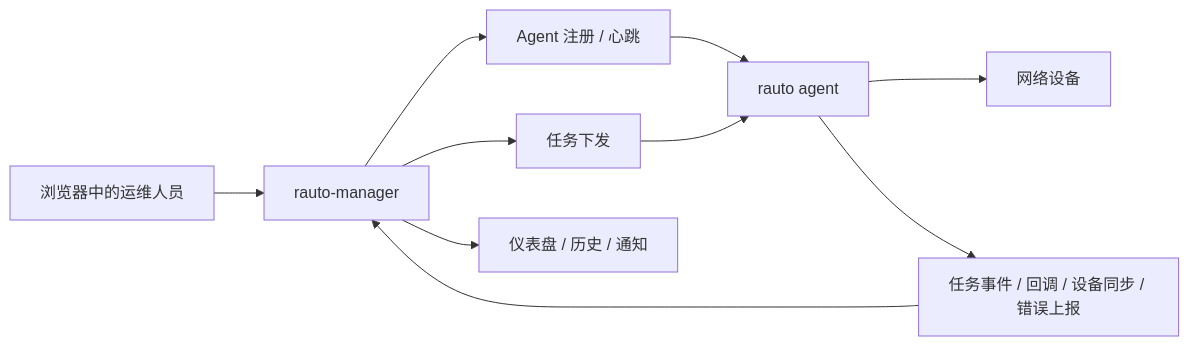
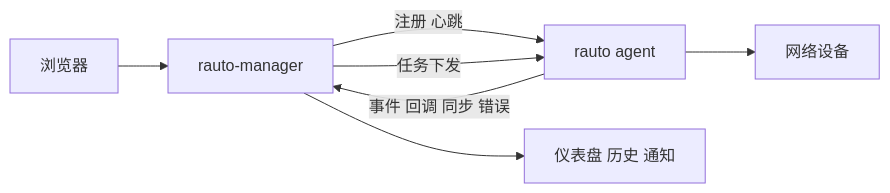
Before and after one commit to demohiiiii/rauto-manager: the diagram in README_zh.md, drawn with Mermaid. The commit also changed 1 other file, not shown here.

Commit message:
fix: Readme graph

````diff
--- a/README_zh.md
+++ b/README_zh.md
@@ -69,12 +69,9 @@
 ```mermaid
 flowchart LR
-    A["浏览器中的运维人员"] --> B["rauto-manager"]
-    B --> C["Agent 注册 / 心跳"]
-    C --> D["rauto agent"]
-    B --> E["任务下发"]
-    E --> D
-    D --> F["网络设备"]
-    D --> G["任务事件 / 回调 / 设备同步 / 错误上报"]
-    G --> B
-    B --> H["仪表盘 / 历史 / 通知"]
+    browser[浏览器] --> manager[rauto-manager]
+    manager -->|注册 心跳| agent[rauto agent]
+    manager -->|任务下发| agent
+    agent --> devices[网络设备]
+    agent -->|事件 回调 同步 错误| manager
+    manager --> views[仪表盘 历史 通知]
 ```
````
